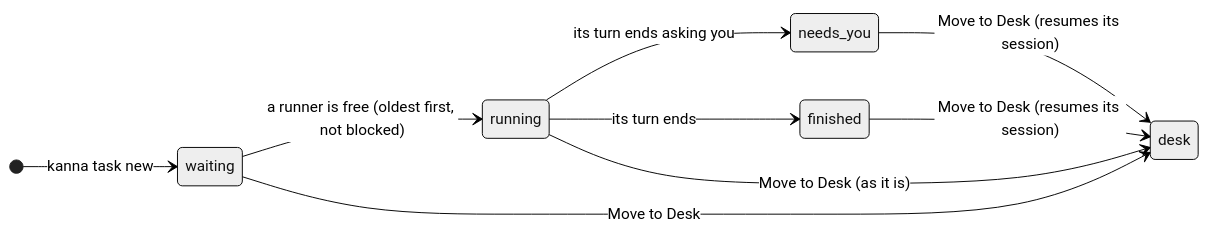
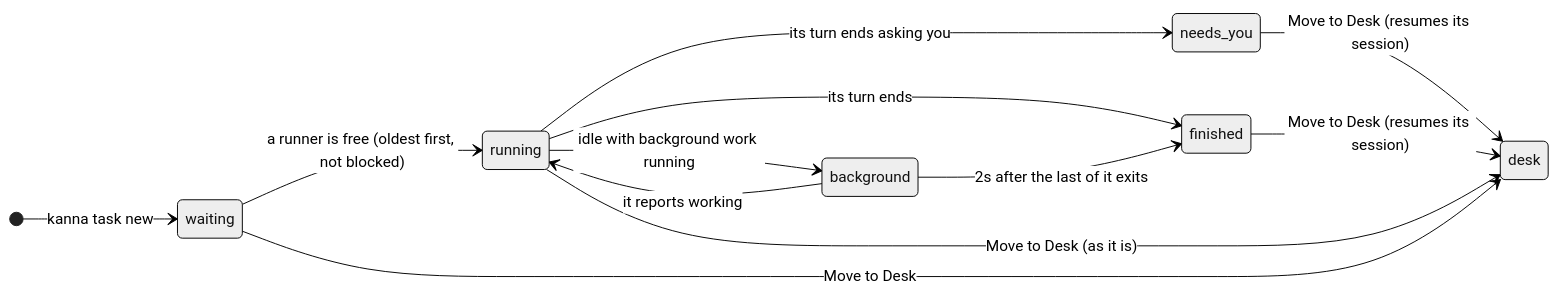
The diagram in docs/specs/shelf-runners.md (tampopogk/kanna), drawn with Mermaid (neutral theme) before and after one commit. The commit also changed other lines of this file and 11 other files, not shown here.

First line of the commit message:
Shelf runners: a turn isn't over while its agent has background work

````diff
--- a/docs/specs/shelf-runners.md
+++ b/docs/specs/shelf-runners.md
@@ -17,12 +17,15 @@
 ```mermaid
 stateDiagram-v2
     direction LR
     [*] --> waiting: kanna task new
     waiting --> running: a runner is free (oldest first, not blocked)
     running --> needs_you: its turn ends asking you
     running --> finished: its turn ends
+    running --> background: idle with background work running
+    background --> running: it reports working
+    background --> finished: 2s after the last of it exits
     needs_you --> desk: Move to Desk (resumes its session)
     finished --> desk: Move to Desk (resumes its session)
     running --> desk: Move to Desk (as it is)
     waiting --> desk: Move to Desk
 ```
````
